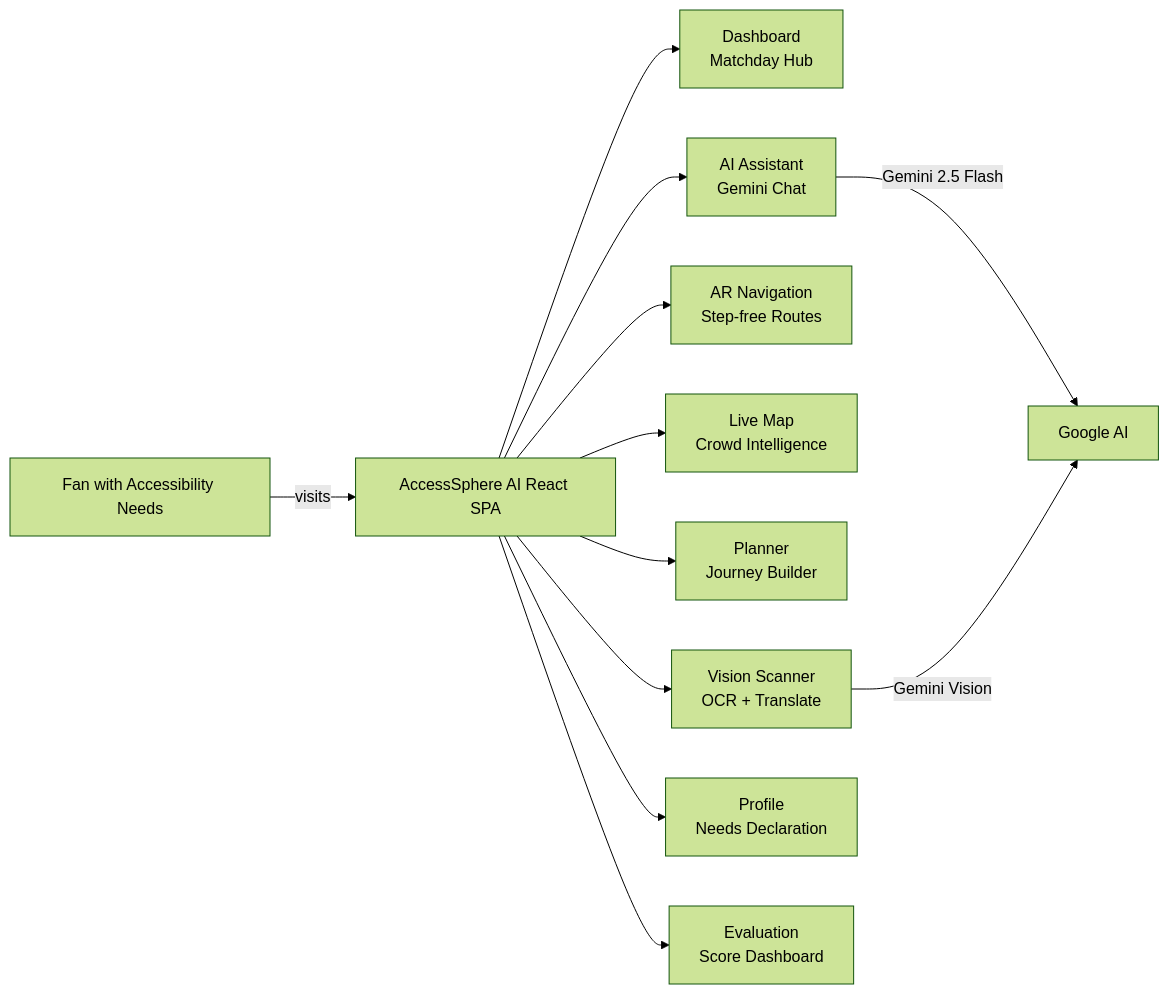
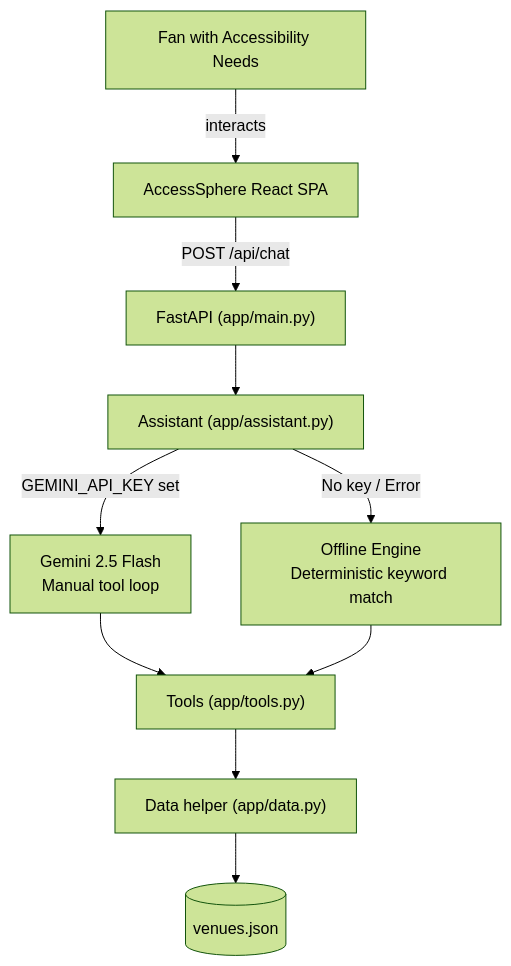
The diagram in README.md (vanshkadia2511-pixel/AccessSphere-AI), drawn with Mermaid (forest theme) before and after one commit. The commit also changed other lines of this file and 18 other files, not shown here.

Commit message:
feat: Integrate Python FastAPI backend and testing toolchain, update React API fetching

````diff
--- a/README.md
+++ b/README.md
@@ -227,14 +240,12 @@
 ```mermaid
-flowchart LR
-    Fan["Fan with Accessibility Needs"] -->|visits| App["AccessSphere AI React SPA"]
-    App --> D["Dashboard\nMatchday Hub"]
-    App --> A["AI Assistant\nGemini Chat"]
-    App --> N["AR Navigation\nStep-free Routes"]
-    App --> L["Live Map\nCrowd Intelligence"]
-    App --> P["Planner\nJourney Builder"]
-    App --> V["Vision Scanner\nOCR + Translate"]
-    App --> Pr["Profile\nNeeds Declaration"]
-    App --> E["Evaluation\nScore Dashboard"]
-    A -->|"Gemini 2.5 Flash"| AI["Google AI"]
-    V -->|"Gemini Vision"| AI
+flowchart TD
+    Fan["Fan with Accessibility Needs"] -->|interacts| App["AccessSphere React SPA"]
+    App -->|POST /api/chat| API["FastAPI (app/main.py)"]
+    API --> ASST["Assistant (app/assistant.py)"]
+    ASST -->|GEMINI_API_KEY set| GEM["Gemini 2.5 Flash\nManual tool loop"]
+    ASST -->|No key / Error| OFF["Offline Engine\nDeterministic keyword match"]
+    GEM --> TOOLS["Tools (app/tools.py)"]
+    OFF --> TOOLS
+    TOOLS --> DATA["Data helper (app/data.py)"]
+    DATA --> DB[("venues.json")]
 ```
````
